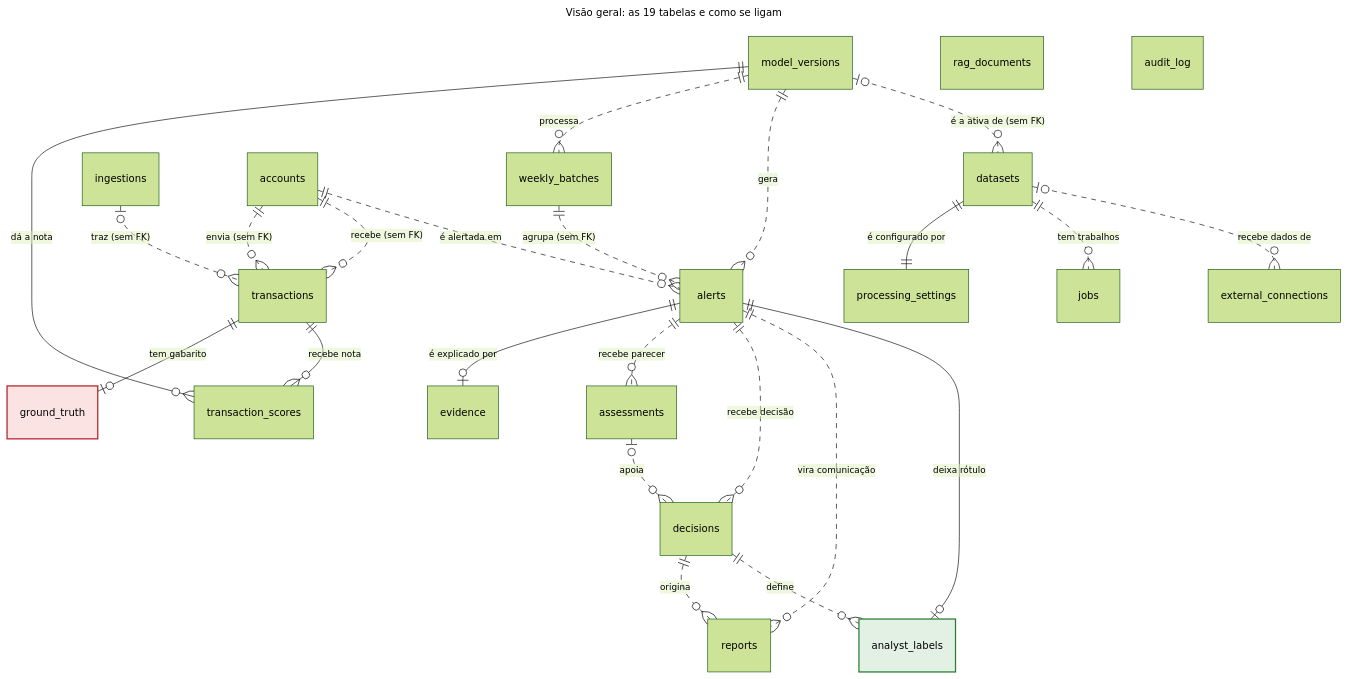
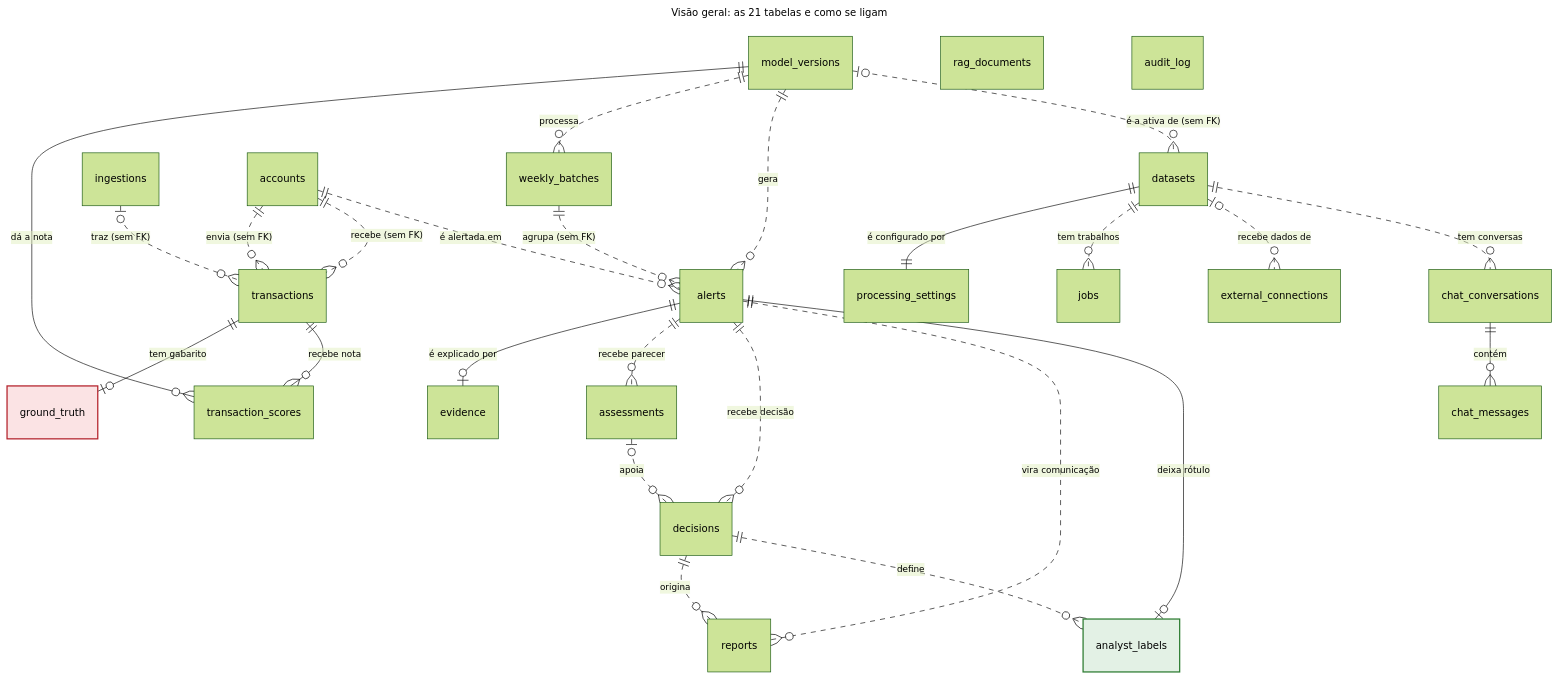
One commit to TCS-Financial-Bootcamp-Team/fraudradar changed the diagram in docs/erd/01-overview.mmd. Above: the diagram before and after it, drawn with Mermaid (forest theme). The commit also changed 12 other files, not shown here.

First line of the commit message:
docs: BPMN 1 com o parecer entregue e DER com as tabelas do chat

```diff
--- a/docs/erd/01-overview.mmd
+++ b/docs/erd/01-overview.mmd
@@ -1,50 +1,54 @@
 ---
-title: "Visão geral: as 19 tabelas e como se ligam"
+title: "Visão geral: as 21 tabelas e como se ligam"
 ---
 erDiagram
     direction TB
     datasets
     processing_settings
     jobs
     external_connections
+    chat_conversations
+    chat_messages
     ingestions
     transactions
     accounts
     ground_truth
     model_versions
     transaction_scores
     weekly_batches
     alerts
     evidence
     assessments
     decisions
     reports
     analyst_labels
     rag_documents
     audit_log
     ingestions |o..o{ transactions : "traz (sem FK)"
     accounts ||..o{ transactions : "envia (sem FK)"
     accounts ||..o{ transactions : "recebe (sem FK)"
     transactions ||--o| ground_truth : "tem gabarito"
     transactions ||--o{ transaction_scores : "recebe nota"
     model_versions ||--o{ transaction_scores : "dá a nota"
     model_versions ||..o{ weekly_batches : "processa"
     weekly_batches ||..o{ alerts : "agrupa (sem FK)"
     model_versions ||..o{ alerts : "gera"
     accounts ||..o{ alerts : "é alertada em"
     alerts ||--o| evidence : "é explicado por"
     alerts ||..o{ assessments : "recebe parecer"
     alerts ||..o{ decisions : "recebe decisão"
     assessments |o..o{ decisions : "apoia"
     alerts ||..o{ reports : "vira comunicação"
     decisions ||..o{ reports : "origina"
     alerts ||--o| analyst_labels : "deixa rótulo"
     decisions ||..o{ analyst_labels : "define"
     model_versions |o..o{ datasets : "é a ativa de (sem FK)"
     datasets ||--|| processing_settings : "é configurado por"
     datasets ||..o{ jobs : "tem trabalhos"
     datasets |o..o{ external_connections : "recebe dados de"
+    datasets ||..o{ chat_conversations : "tem conversas"
+    chat_conversations ||--o{ chat_messages : "contém"
     classDef ground_truth_class fill:#FBE3E4,stroke:#B4232C,stroke-width:2px
     class ground_truth ground_truth_class
     classDef analyst_labels_class fill:#E3F1E5,stroke:#2E7D32,stroke-width:2px
     class analyst_labels analyst_labels_class
```
